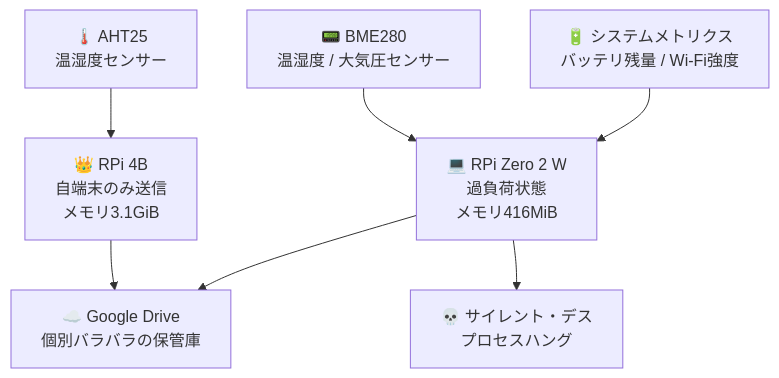
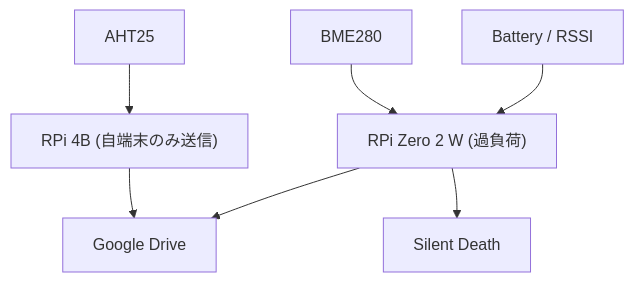
One commit to hidecodegit/ConditionLoggingSystem changed the first of 2 diagrams in docs/architecture.md. Above: the diagram before and after it, drawn with Mermaid. The commit also changed other lines of this file, not shown here.

First line of the commit message:
Revise architecture document for Flask version

````diff
--- a/docs/architecture.md
+++ b/docs/architecture.md
@@ -17,24 +28,17 @@
 ```mermaid
 graph TD
-    Drive[☁️ Google Drive<br>個別バラバラの保管庫]
-    Pi4B[👑 RPi 4B<br>自端末のみ送信<br>メモリ3.1GiB]
-    AHT25[🌡️ AHT25<br>温湿度センサー]
-    
-    Zero2W[💻 RPi Zero 2 W<br>過負荷状態<br>メモリ416MiB]
-    BME280[📟 BME280<br>温湿度 / 大気圧センサー]
-    Metrics[🔋 システムメトリクス<br>バッテリ残量 / Wi-Fi強度]
-    
-    Death[💀 サイレント・デス<br>プロセスハング]
+    Drive["Google Drive"]
+    Pi4B["RPi 4B (自端末のみ送信)"]
+    AHT25["AHT25"]
+    Zero2W["RPi Zero 2 W (過負荷)"]
+    BME280["BME280"]
+    Metrics["Battery / RSSI"]
+    Death["Silent Death"]
 
-    %% 4B側の正常ルート
     AHT25 --> Pi4B
     Pi4B --> Drive
-
-    %% Zero2W側の破綻ルート
     BME280 --> Zero2W
     Metrics --> Zero2W
     Zero2W --> Drive
-
-    %% 障害によるデスの表現
     Zero2W --> Death
 ```
````
